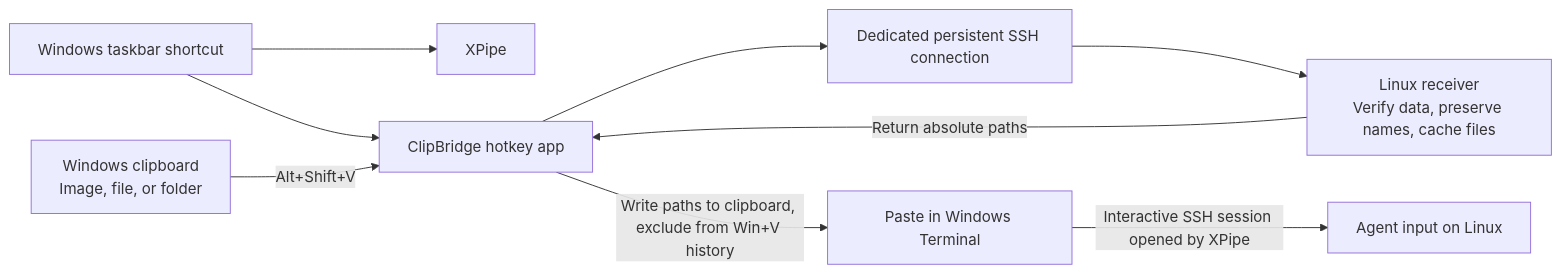
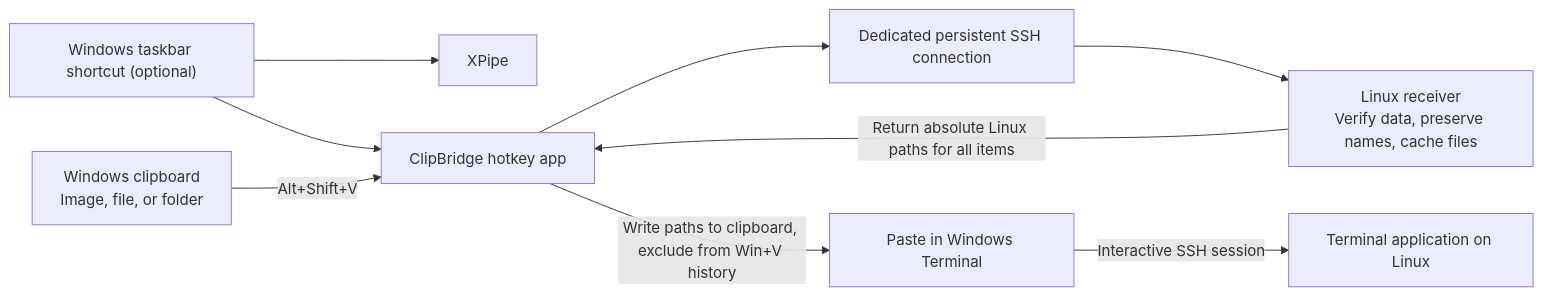
Before and after one commit to NewbieToEverything/clip-win-linux: the diagram in README.md, drawn with Mermaid. The commit also changed other lines of this file and 1 other file, not shown here.

Commit message:
Clarify uploaded items and returned Linux paths

````diff
--- a/README.md
+++ b/README.md
@@ -9,11 +9,11 @@
 ```mermaid
 flowchart LR
-    P["Windows taskbar shortcut"] --> X["XPipe"]
+    P["Windows taskbar shortcut (optional)"] --> X["XPipe"]
     P --> H["ClipBridge hotkey app"]
     C["Windows clipboard<br/>Image, file, or folder"] -->|"Alt+Shift+V"| H
     H --> S["Dedicated persistent SSH connection"]
     S --> L["Linux receiver<br/>Verify data, preserve names, cache files"]
-    L -->|"Return absolute paths"| H
+    L -->|"Return absolute Linux paths for all items"| H
     H -->|"Write paths to clipboard, exclude from Win+V history"| V["Paste in Windows Terminal"]
-    V -->|"Interactive SSH session opened by XPipe"| A["Agent input on Linux"]
+    V -->|"Interactive SSH session"| A["Terminal application on Linux"]
 ```
````
